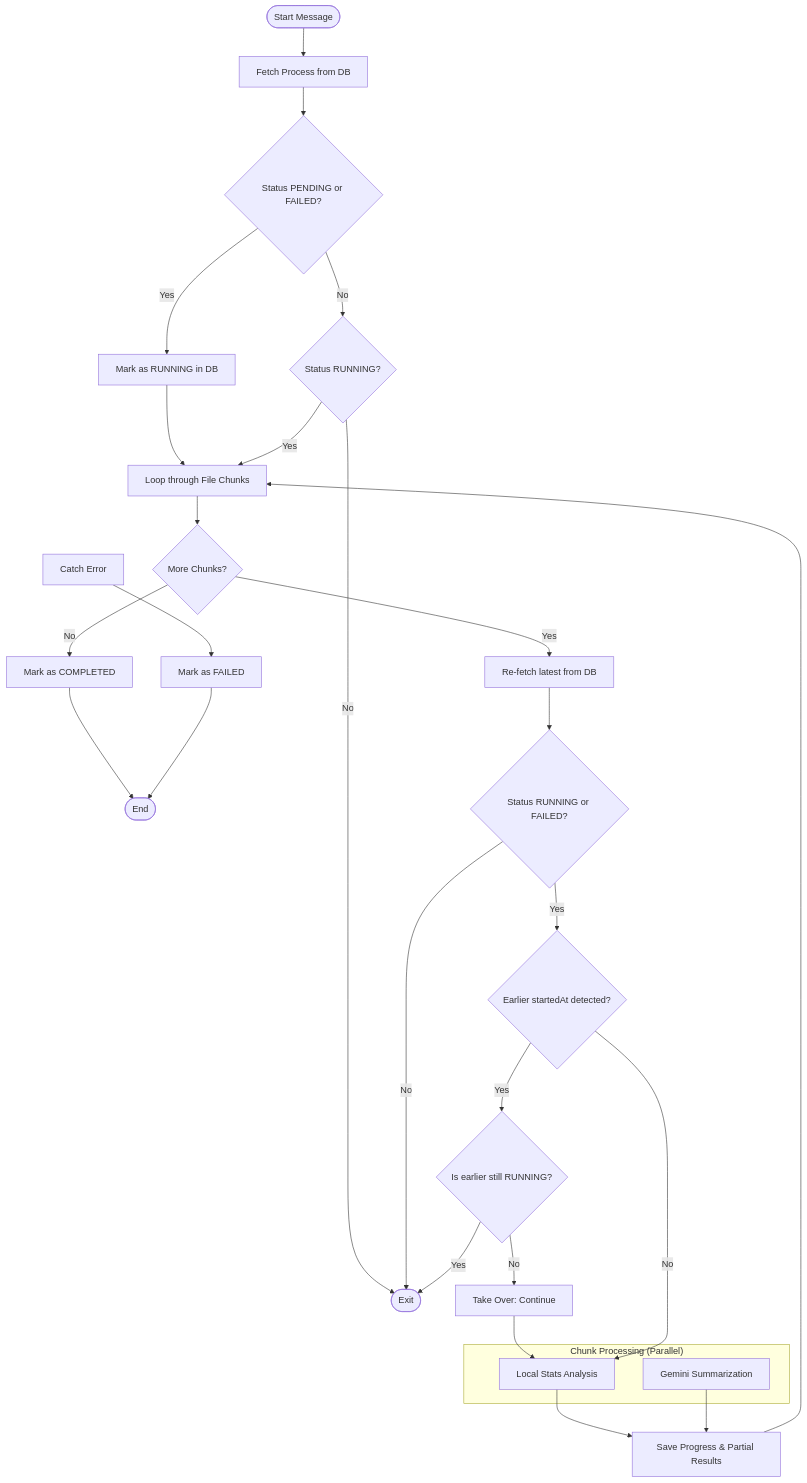
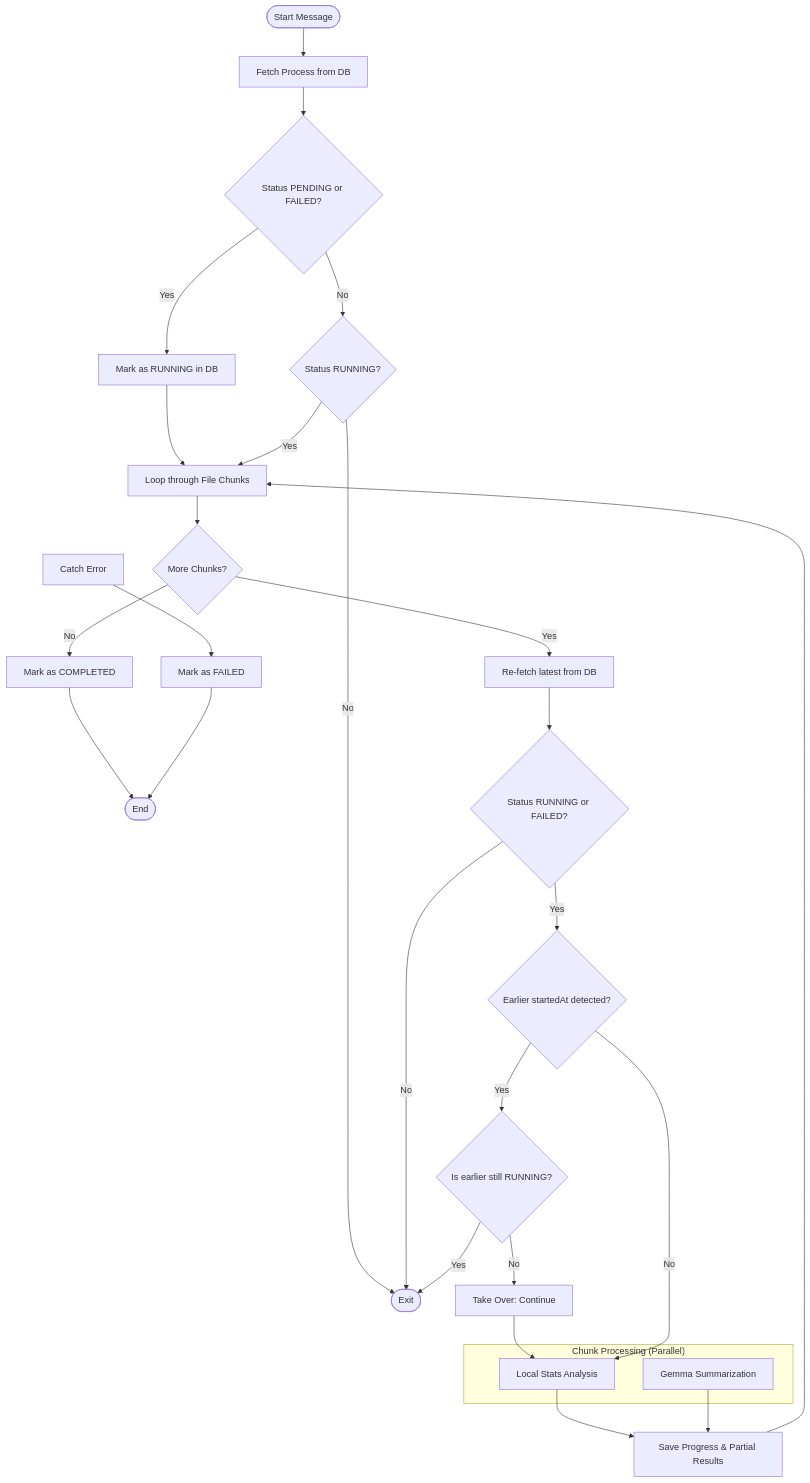
Before and after one commit to s4nt14go/doc-processing: the second of 2 diagrams in README.md, drawn with Mermaid. The commit also changed other lines of this file, not shown here.

Commit message:
docs: update README to reflect integration with Google Gemma API

````diff
--- a/README.md
+++ b/README.md
@@ -82,34 +82,34 @@
 ```mermaid
 flowchart TD
     Start([Start Message]) --> Fetch[Fetch Process from DB]
     Fetch --> Status{Status PENDING or FAILED?}
     Status -- Yes --> MarkRunning[Mark as RUNNING in DB]
     Status -- No --> IsRunning{Status RUNNING?}
     IsRunning -- No --> Exit([Exit])
     
     MarkRunning --> LoopFiles[Loop through File Chunks]
     IsRunning -- Yes --> LoopFiles
     
     LoopFiles --> Chunk{More Chunks?}
     Chunk -- No --> Complete[Mark as COMPLETED] --> End([End])
     
     Chunk -- Yes --> Refetch[Re-fetch latest from DB]
     Refetch --> ValidStatus{Status RUNNING or FAILED?}
     ValidStatus -- No --> Exit
     
     ValidStatus -- Yes --> EarlierInstance{Earlier startedAt detected?}
     EarlierInstance -- Yes --> OtherActive{Is earlier still RUNNING?}
     OtherActive -- Yes --> Exit
     OtherActive -- No --> TakeOver[Take Over: Continue] --> Analyze
     EarlierInstance -- No --> Analyze
     
     subgraph "Chunk Processing (Parallel)"
         Analyze[Local Stats Analysis]
-        AI[Gemini Summarization]
+        AI[Gemma Summarization]
     end
     
     Analyze & AI --> Save[Save Progress & Partial Results]
     Save --> LoopFiles
     
     Error[Catch Error] --> MarkFailed[Mark as FAILED] --> End
 ```
````
